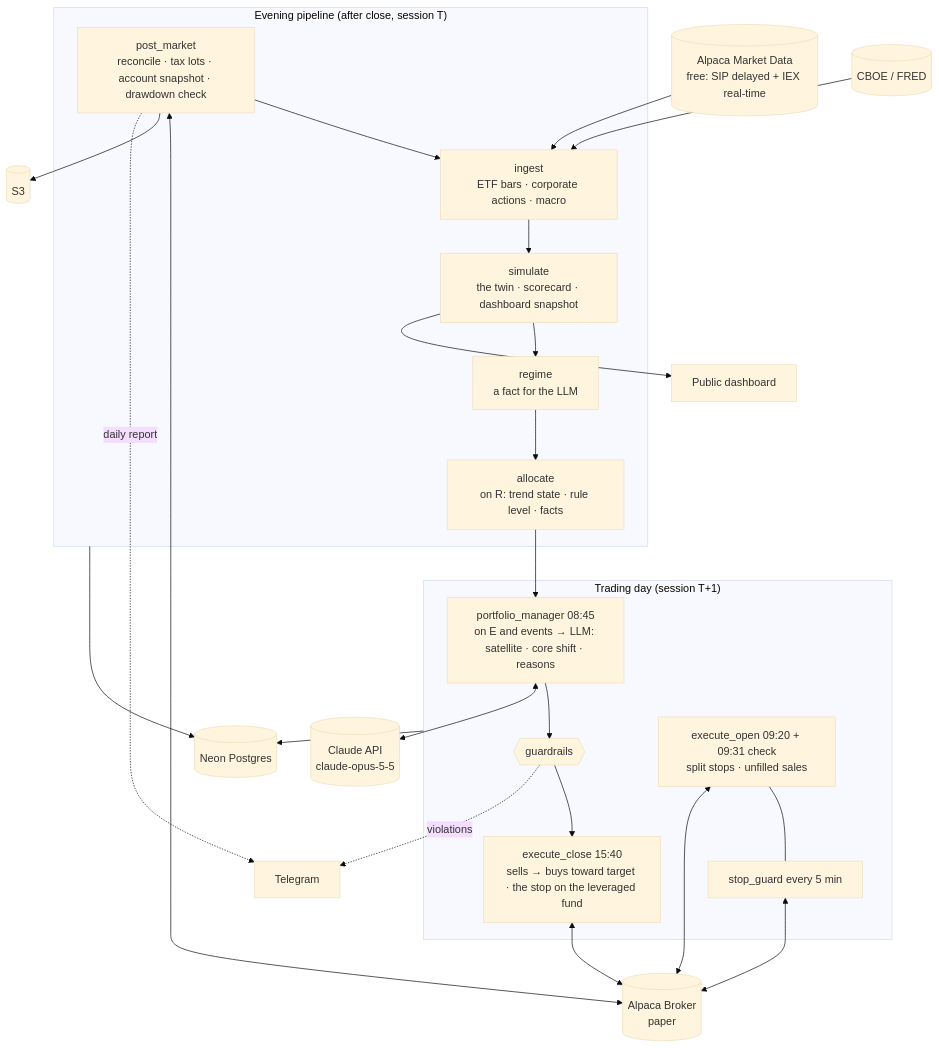
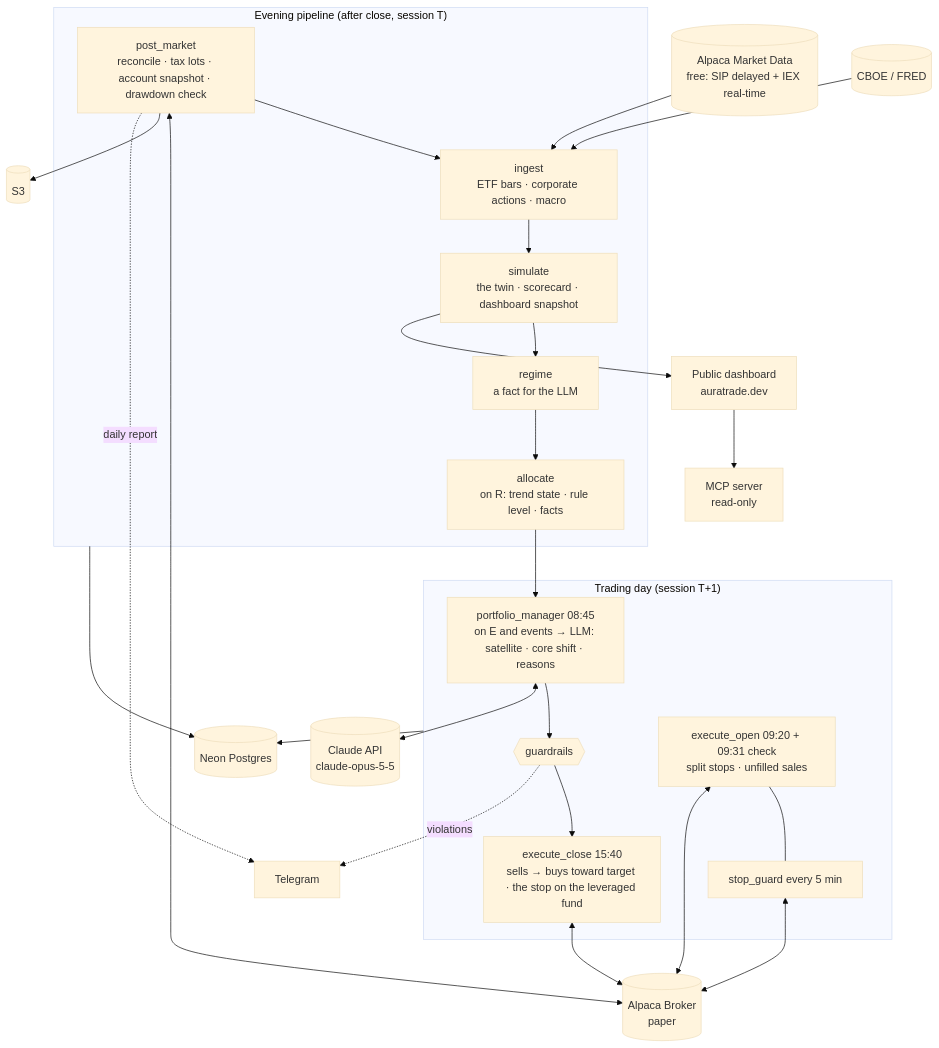
The diagram in README.md (Dima252/AuraTrade), drawn with Mermaid (base theme) before and after one commit. The commit also changed other lines of this file and 132 other files, not shown here.

````diff
--- a/README.md
+++ b/README.md
@@ -54,46 +52,48 @@
 ```mermaid
 flowchart TD
     subgraph EVE["Evening pipeline (after close, session T)"]
         PM1[post_market<br/>reconcile · tax lots · account snapshot · drawdown check]
         ING[ingest<br/>ETF bars · corporate actions · macro]
         SIM[simulate<br/>the twin · scorecard · dashboard snapshot]
         REG[regime<br/>a fact for the LLM]
         ALC[allocate<br/>on R: trend state · rule level · facts]
         PM1 --> ING --> SIM --> REG --> ALC
     end
 
     subgraph DAY["Trading day (session T+1)"]
         PMG[portfolio_manager 08:45<br/>on E and events → LLM: satellite · core shift · reasons]
         GR{{guardrails}}
         EXO[execute_open 09:20 + 09:31 check<br/>split stops · unfilled sales]
         EXC[execute_close 15:40<br/>sells → buys toward target · the stop on the leveraged fund]
         SG[stop_guard every 5 min]
         PMG --> GR --> EXC
         EXO --- SG
     end
 
     ALC --> PMG
 
     ALPD[(Alpaca Market Data<br/>free: SIP delayed + IEX real-time)]
     ALPB[(Alpaca Broker<br/>paper)]
     MAC[(CBOE / FRED)]
     CL[(Claude API<br/>claude-opus-5-5)]
     DB[(Neon Postgres)]
     S3[(S3)]
     TG[Telegram]
-    WEB[Public dashboard]
+    WEB[Public dashboard<br/>auratrade.dev]
+    MCP[MCP server<br/>read-only]
 
     ALPD --> ING
     MAC --> ING
     PMG <--> CL
     EXO <--> ALPB
     EXC <--> ALPB
     SG <--> ALPB
     PM1 <--> ALPB
     EVE --> DB
     DAY --> DB
     PM1 --> S3
     SIM --> WEB
+    WEB --> MCP
     GR -. violations .-> TG
     PM1 -. daily report .-> TG
 ```
````
